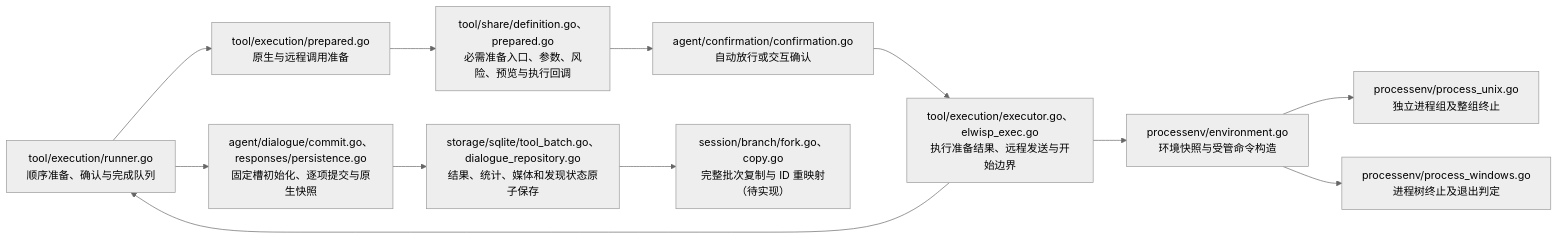
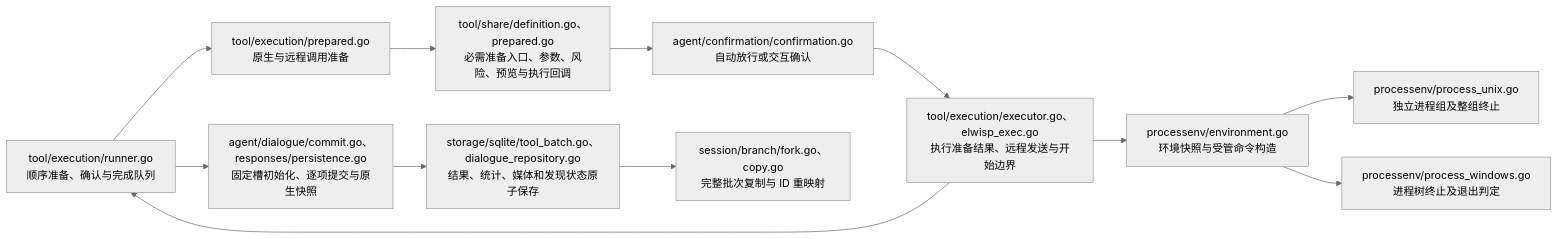
One commit to Elflare/elbot changed the sixth of 15 diagrams in devdocs/architecture.md. Above: the diagram before and after it, drawn with Mermaid (neutral theme). The commit also changed other lines of this file and 30 other files, not shown here.

````diff
--- a/devdocs/architecture.md
+++ b/devdocs/architecture.md
@@ -258,14 +258,14 @@
 ```mermaid
 flowchart LR
     R["tool/execution/runner.go<br/>顺序准备、确认与完成队列"] --> A["tool/execution/prepared.go<br/>原生与远程调用准备"]
     A --> D["tool/share/definition.go、prepared.go<br/>必需准备入口、参数、风险、预览与执行回调"]
     D --> Q["agent/confirmation/confirmation.go<br/>自动放行或交互确认"]
     Q --> W["tool/execution/executor.go、elwisp_exec.go<br/>执行准备结果、远程发送与开始边界"]
     W --> R
     R --> C["agent/dialogue/commit.go、responses/persistence.go<br/>固定槽初始化、逐项提交与原生快照"]
     C --> S["storage/sqlite/tool_batch.go、dialogue_repository.go<br/>结果、统计、媒体和发现状态原子保存"]
-    S --> F["session/branch/fork.go、copy.go<br/>完整批次复制与 ID 重映射（待实现）"]
+    S --> F["session/branch/fork.go、copy.go<br/>完整批次复制与 ID 重映射"]
     W --> P["processenv/environment.go<br/>环境快照与受管命令构造"]
     P --> U["processenv/process_unix.go<br/>独立进程组及整组终止"]
     P --> V["processenv/process_windows.go<br/>进程树终止及退出判定"]
 ```
````
